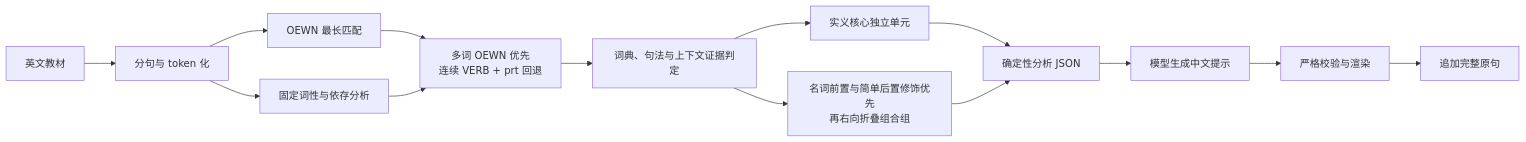
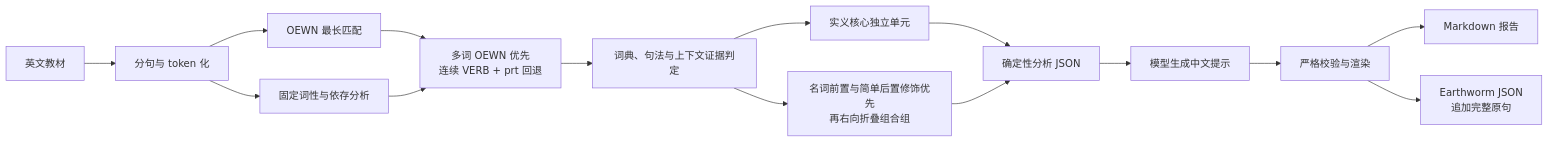
One commit to ReinerLau/earthworm changed the diagram in docs/lexical-chunks-tooling.md. Above: the diagram before and after it, drawn with Mermaid. The commit also changed other lines of this file and 13 other files, not shown here.

````diff
--- a/docs/lexical-chunks-tooling.md
+++ b/docs/lexical-chunks-tooling.md
@@ -200,16 +235,17 @@
 ```mermaid
 flowchart LR
     A[英文教材] --> B[分句与 token 化]
     B --> C[OEWN 最长匹配]
     B --> D[固定词性与依存分析]
     C --> E[多词 OEWN 优先<br/>连续 VERB + prt 回退]
     D --> E
     E --> F[词典、句法与上下文证据判定]
     F --> G[实义核心独立单元]
     F --> H[名词前置与简单后置修饰优先<br/>再右向折叠组合组]
     G --> I[确定性分析 JSON]
     H --> I
     I --> J[模型生成中文提示]
     J --> K[严格校验与渲染]
-    K --> L[追加完整原句]
+    K --> L[Markdown 报告]
+    K --> M[Earthworm JSON<br/>追加完整原句]
 ```
````
